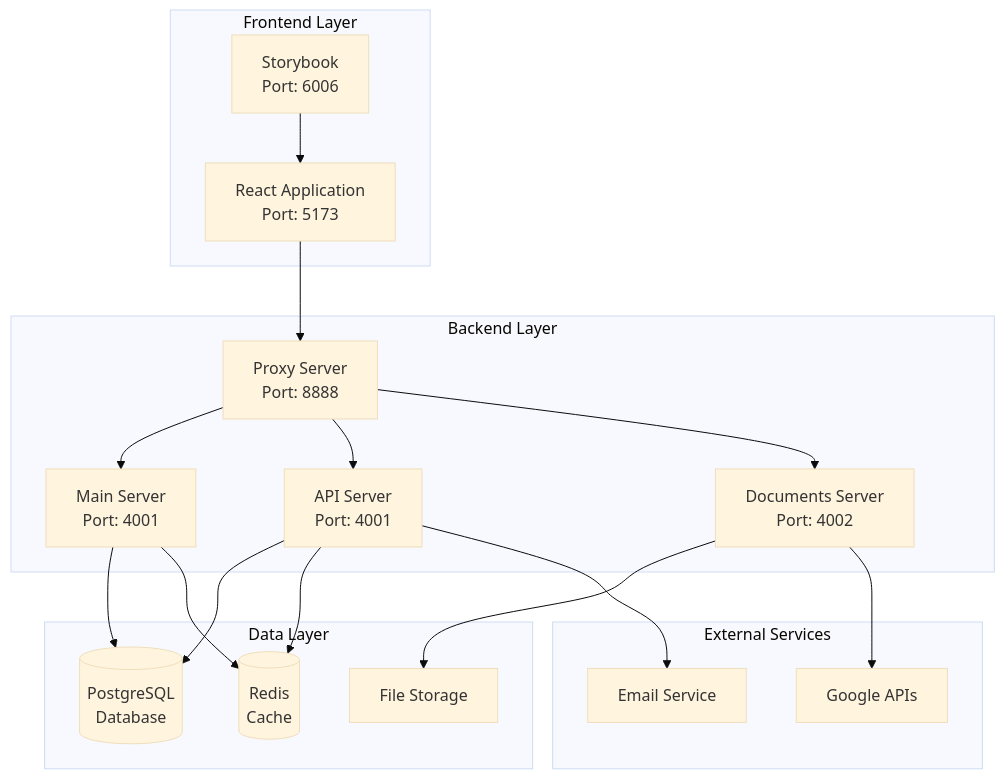
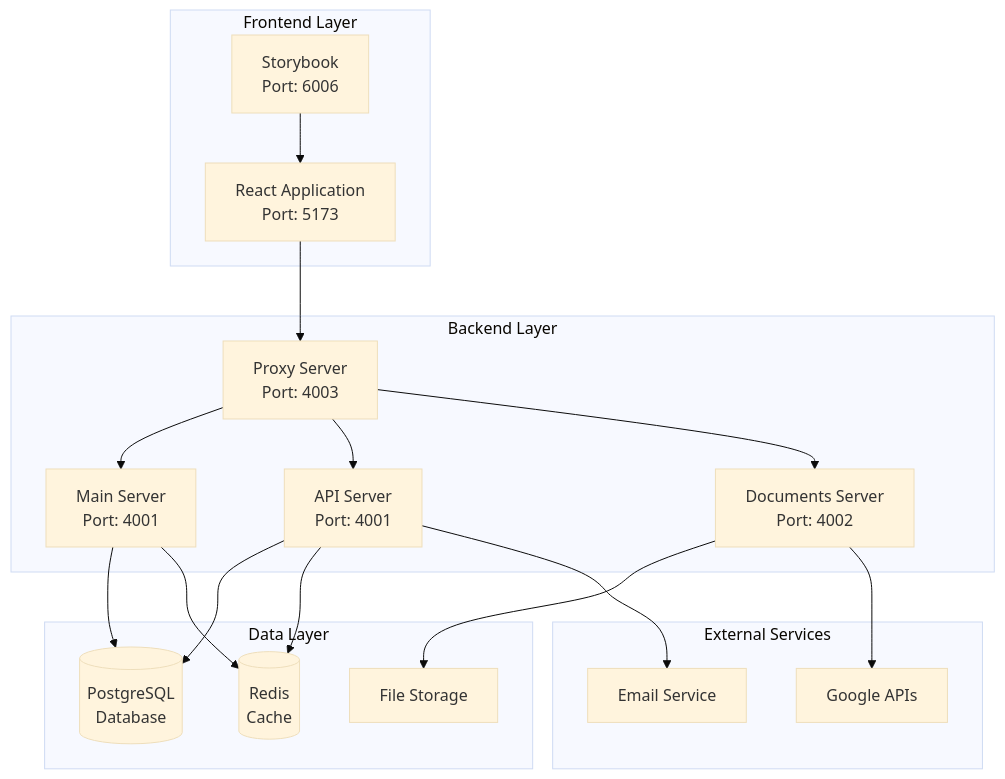
One commit to ElementSoftwareMedica/ElementMedica changed the first of 4 diagrams in docs/technical/architecture/system-overview.md. Above: the diagram before and after it, drawn with Mermaid (base theme). The commit also changed other lines of this file and 685 other files, not shown here.

````diff
--- a/docs/technical/architecture/system-overview.md
+++ b/docs/technical/architecture/system-overview.md
@@ -39,41 +39,41 @@
 ```mermaid
 graph TB
     subgraph "Frontend Layer"
         UI["React Application<br/>Port: 5173"]
         SB["Storybook<br/>Port: 6006"]
     end
     
     subgraph "Backend Layer"
         MAIN["Main Server<br/>Port: 4001"]
         API["API Server<br/>Port: 4001"]
         DOCS["Documents Server<br/>Port: 4002"]
-        PROXY["Proxy Server<br/>Port: 8888"]
+        PROXY["Proxy Server<br/>Port: 4003"]
     end
     
     subgraph "Data Layer"
         DB[("PostgreSQL<br/>Database")]
         REDIS[("Redis<br/>Cache")]
         FILES["File Storage"]
     end
     
     subgraph "External Services"
         GOOGLE["Google APIs"]
         EMAIL["Email Service"]
     end
     
     UI --> PROXY
     SB --> UI
     PROXY --> MAIN
     PROXY --> API
     PROXY --> DOCS
     
     MAIN --> DB
     API --> DB
     DOCS --> FILES
     
     API --> REDIS
     MAIN --> REDIS
     
     DOCS --> GOOGLE
     API --> EMAIL
 ```
````
